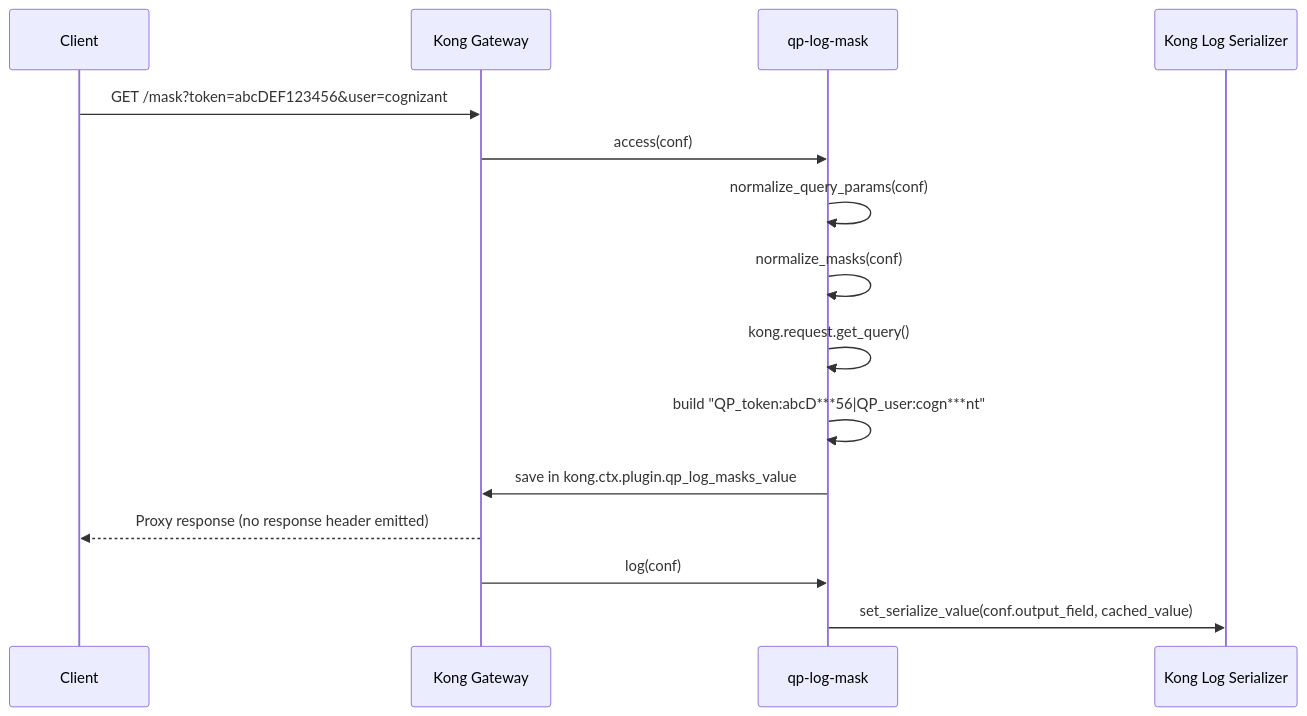
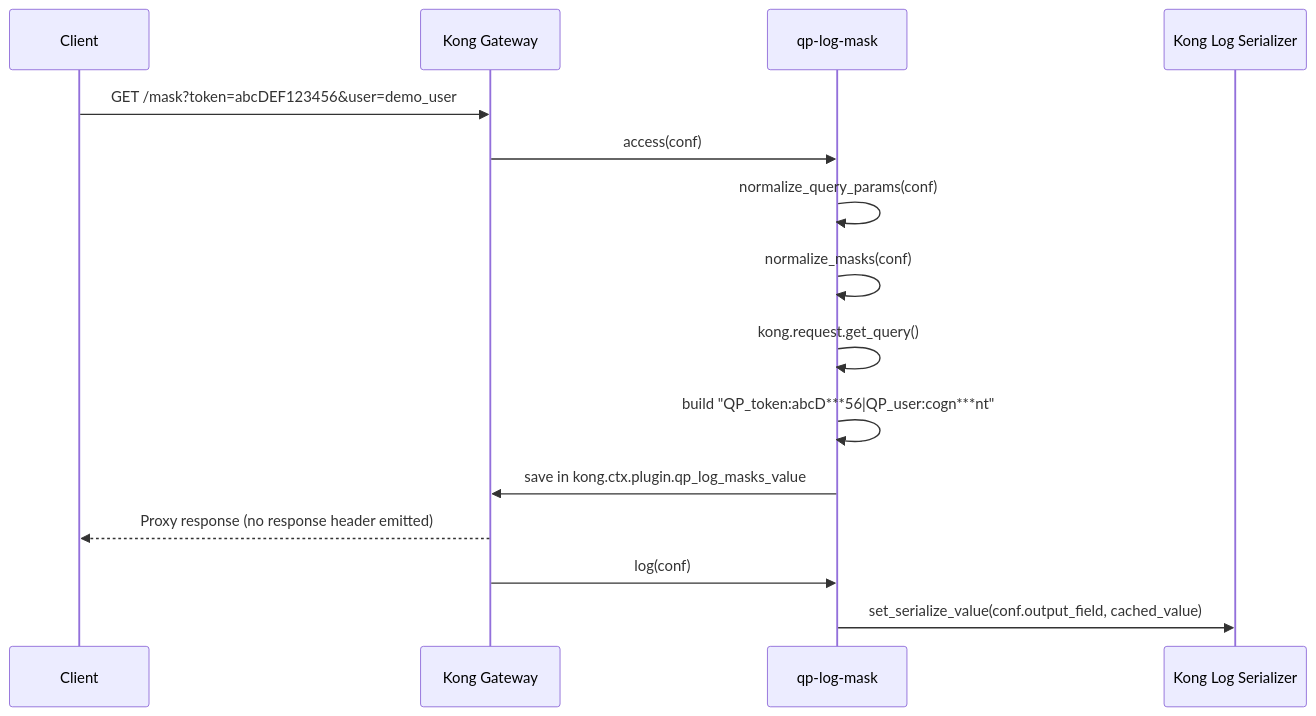
Before and after one commit to ShanmughasundaramRajendran/kong-plugin-qp-to-logs-masks: the second of 2 diagrams in docs/qp-log-mask-code-walkthrough.md, drawn with Mermaid. The commit also changed other lines of this file and 9 other files, not shown here.

````diff
--- a/docs/qp-log-mask-code-walkthrough.md
+++ b/docs/qp-log-mask-code-walkthrough.md
@@ -29,18 +29,18 @@
 ```mermaid
 sequenceDiagram
     participant Client
     participant Kong as Kong Gateway
     participant Plugin as qp-log-mask
     participant Serializer as Kong Log Serializer
 
-    Client->>Kong: GET /mask?token=abcDEF123456&user=cognizant
+    Client->>Kong: GET /mask?token=abcDEF123456&user=demo_user
     Kong->>Plugin: access(conf)
     Plugin->>Plugin: normalize_query_params(conf)
     Plugin->>Plugin: normalize_masks(conf)
     Plugin->>Plugin: kong.request.get_query()
     Plugin->>Plugin: build "QP_token:abcD***56|QP_user:cogn***nt"
     Plugin->>Kong: save in kong.ctx.plugin.qp_log_masks_value
     Kong-->>Client: Proxy response (no response header emitted)
     Kong->>Plugin: log(conf)
     Plugin->>Serializer: set_serialize_value(conf.output_field, cached_value)
 ```
````
